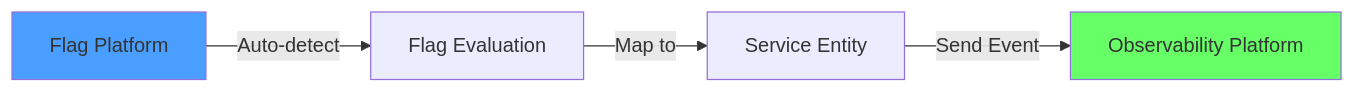
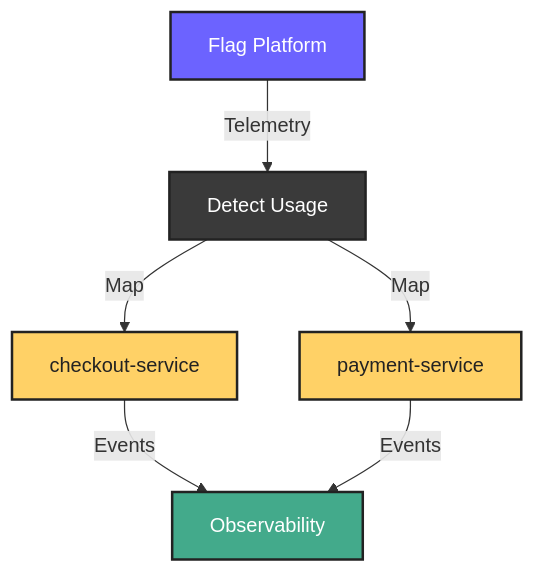
The first of 8 diagrams in slides.md (beeme1mr/kubecon-us-25-flag-observablity), drawn with Mermaid before and after one commit. The commit also changed other lines of this file and 2 other files, not shown here.

````diff
--- a/slides.md
+++ b/slides.md
@@ -740,9 +823,13 @@
 ```mermaid {scale: 0.65}
-graph LR
-    A[Flag Platform] -->|Auto-detect| B[Flag Evaluation]
-    B -->|Map to| C[Service Entity]
-    C -->|Send Event| D[Observability Platform]
-    
-    style A fill:#4a9eff
-    style D fill:#6f6
+graph TD
+  A[Flag Platform] -->|Telemetry| B[Detect Usage]
+  B -->|Map| C[checkout-service]
+  B -->|Map| D[payment-service]
+  C -->|Events| E[Observability]
+  D -->|Events| E
+  style A fill:#6C63FF,color:#fff,stroke:#222,stroke-width:2px
+  style B fill:#3A3A3A,color:#fff,stroke:#222,stroke-width:2px
+  style C fill:#FFD166,color:#222,stroke:#222,stroke-width:2px
+  style D fill:#FFD166,color:#222,stroke:#222,stroke-width:2px
+  style E fill:#43AA8B,color:#fff,stroke:#222,stroke-width:2px
 ```
````
